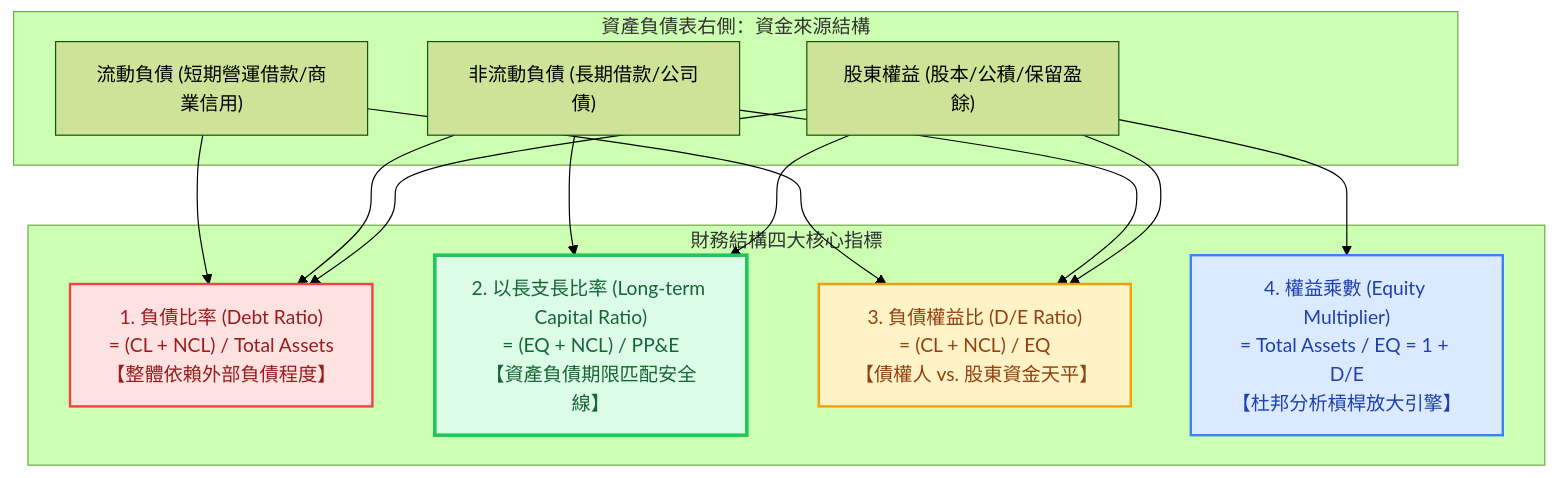
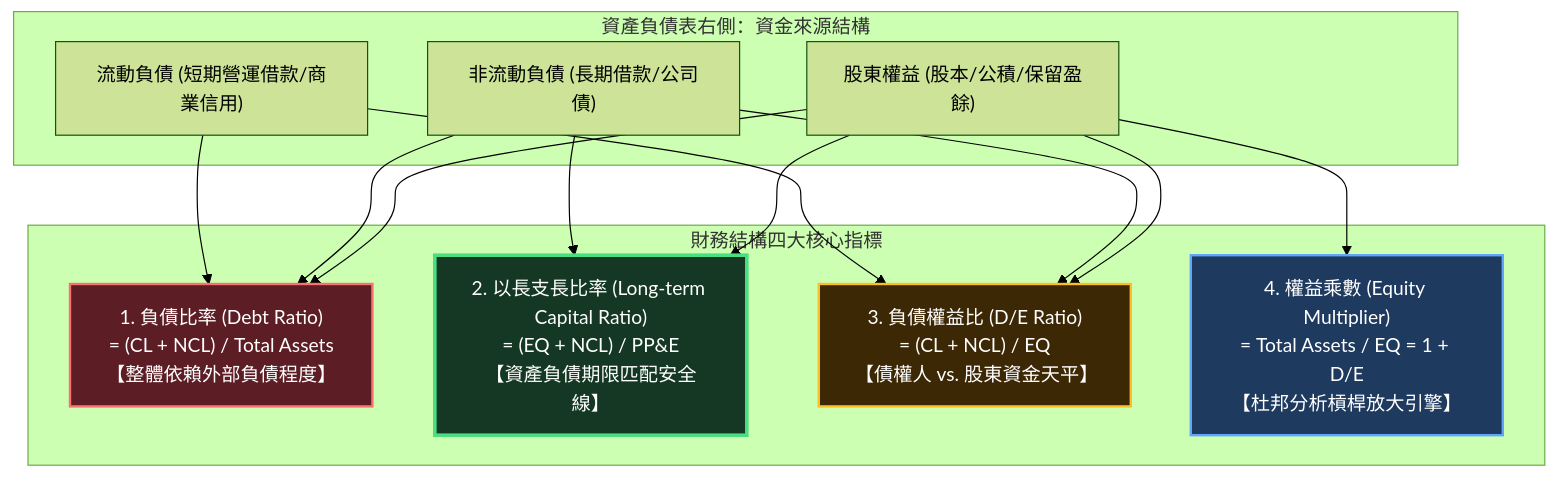
Before and after one commit to Jimlin0428/my-digital-garden: the diagram in src/site/notes/98_商業概念庫/financial-structure_財務結構.md, drawn with Mermaid (forest theme). The commit also changed 58 other files, not shown here.

````diff
--- a/src/site/notes/98_商業概念庫/financial-structure_財務結構.md
+++ b/src/site/notes/98_商業概念庫/financial-structure_財務結構.md
@@ -50,33 +50,33 @@
 ```mermaid
 flowchart TD
     subgraph Balance_Sheet ["資產負債表右側：資金來源結構"]
         CL["流動負債 (短期營運借款/商業信用)"]
         NCL["非流動負債 (長期借款/公司債)"]
         EQ["股東權益 (股本/公積/保留盈餘)"]
     end
 
     subgraph Metrics ["財務結構四大核心指標"]
         DR["1. 負債比率 (Debt Ratio)<br>= (CL + NCL) / Total Assets<br>【整體依賴外部負債程度】"]
         LCR["2. 以長支長比率 (Long-term Capital Ratio)<br>= (EQ + NCL) / PP&E<br>【資產負債期限匹配安全線】"]
         DER["3. 負債權益比 (D/E Ratio)<br>= (CL + NCL) / EQ<br>【債權人 vs. 股東資金天平】"]
         EM["4. 權益乘數 (Equity Multiplier)<br>= Total Assets / EQ = 1 + D/E<br>【杜邦分析槓桿放大引擎】"]
     end
 
     CL --> DR
     NCL --> DR
     EQ --> DR
 
     NCL --> LCR
     EQ --> LCR
 
     CL --> DER
     NCL --> DER
     EQ --> DER
 
     EQ --> EM
 
-    style DR fill:#fee2e2,stroke:#ef4444,stroke-width:2px,color:#991b1b
-    style LCR fill:#dcfce7,stroke:#22c55e,stroke-width:3px,color:#166534
-    style DER fill:#fef3c7,stroke:#f59e0b,stroke-width:2px,color:#92400e
-    style EM fill:#dbeafe,stroke:#3b82f6,stroke-width:2px,color:#1e40af
+    style DR fill:#5c1d24,stroke:#f87171,stroke-width:2px,color:#ffffff
+    style LCR fill:#143823,stroke:#4ade80,stroke-width:3px,color:#ffffff
+    style DER fill:#3d2806,stroke:#fbbf24,stroke-width:2px,color:#ffffff
+    style EM fill:#1e3a5f,stroke:#60a5fa,stroke-width:2px,color:#ffffff
 ```
````
